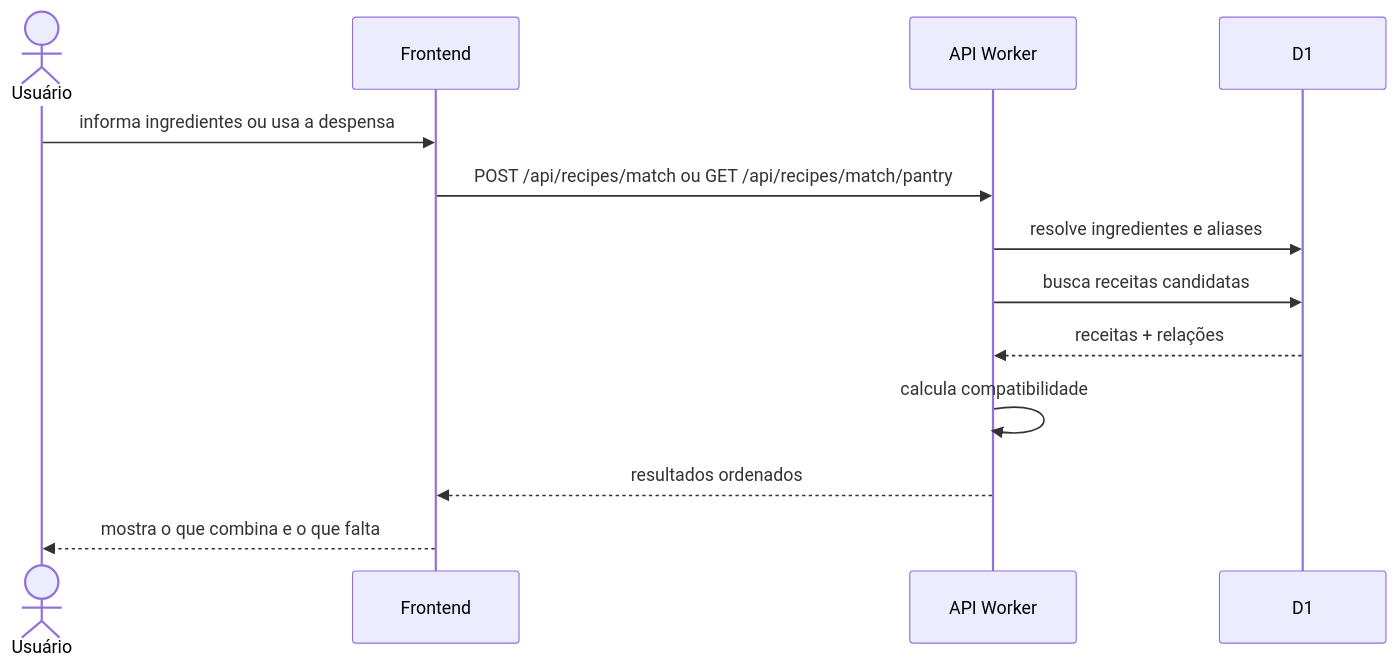
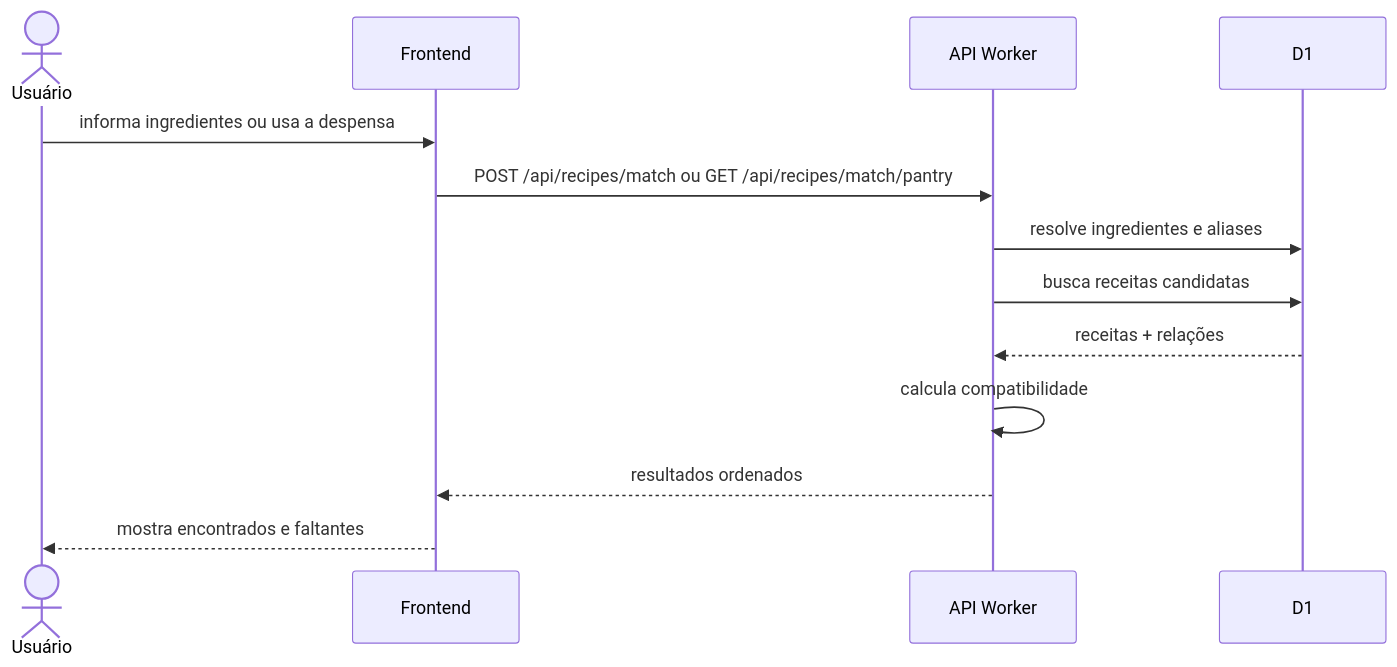
One commit to pitado/receitando changed the second of 3 diagrams in docs/architecture.md. Above: the diagram before and after it, drawn with Mermaid. The commit also changed other lines of this file, not shown here.

````diff
--- a/docs/architecture.md
+++ b/docs/architecture.md
@@ -116,16 +117,16 @@
 ```mermaid
 sequenceDiagram
     actor Usuario as Usuário
     participant Web as Frontend
     participant API as API Worker
     participant DB as D1
 
     Usuario->>Web: informa ingredientes ou usa a despensa
     Web->>API: POST /api/recipes/match ou GET /api/recipes/match/pantry
     API->>DB: resolve ingredientes e aliases
     API->>DB: busca receitas candidatas
     DB-->>API: receitas + relações
     API->>API: calcula compatibilidade
     API-->>Web: resultados ordenados
-    Web-->>Usuario: mostra o que combina e o que falta
+    Web-->>Usuario: mostra encontrados e faltantes
 ```
````
